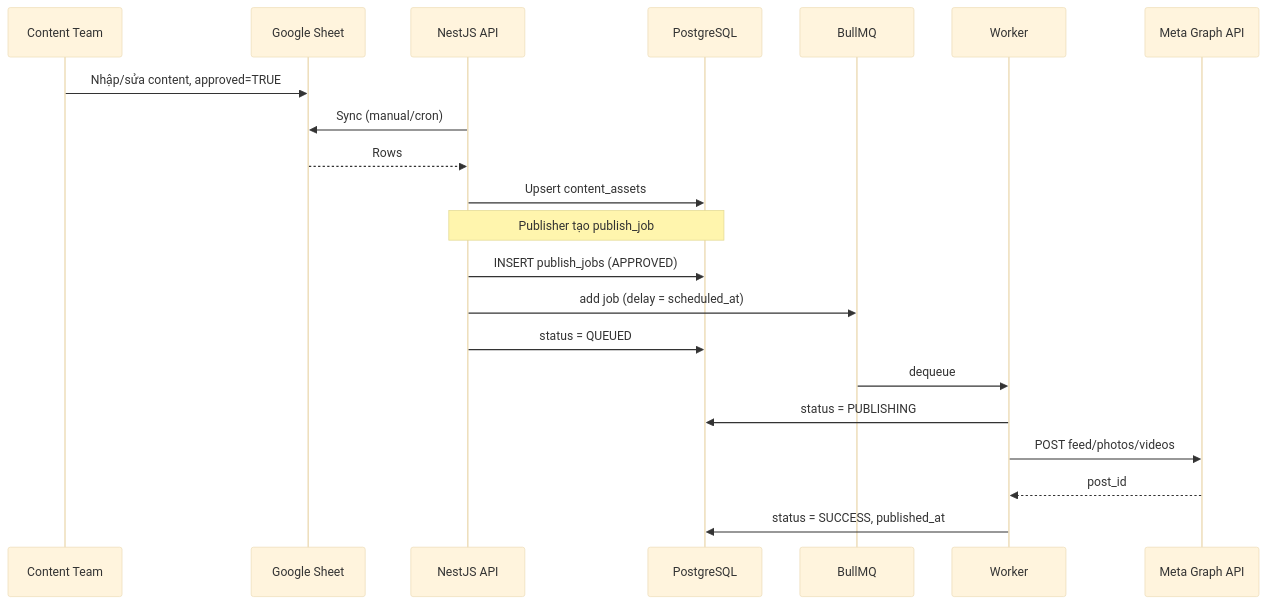
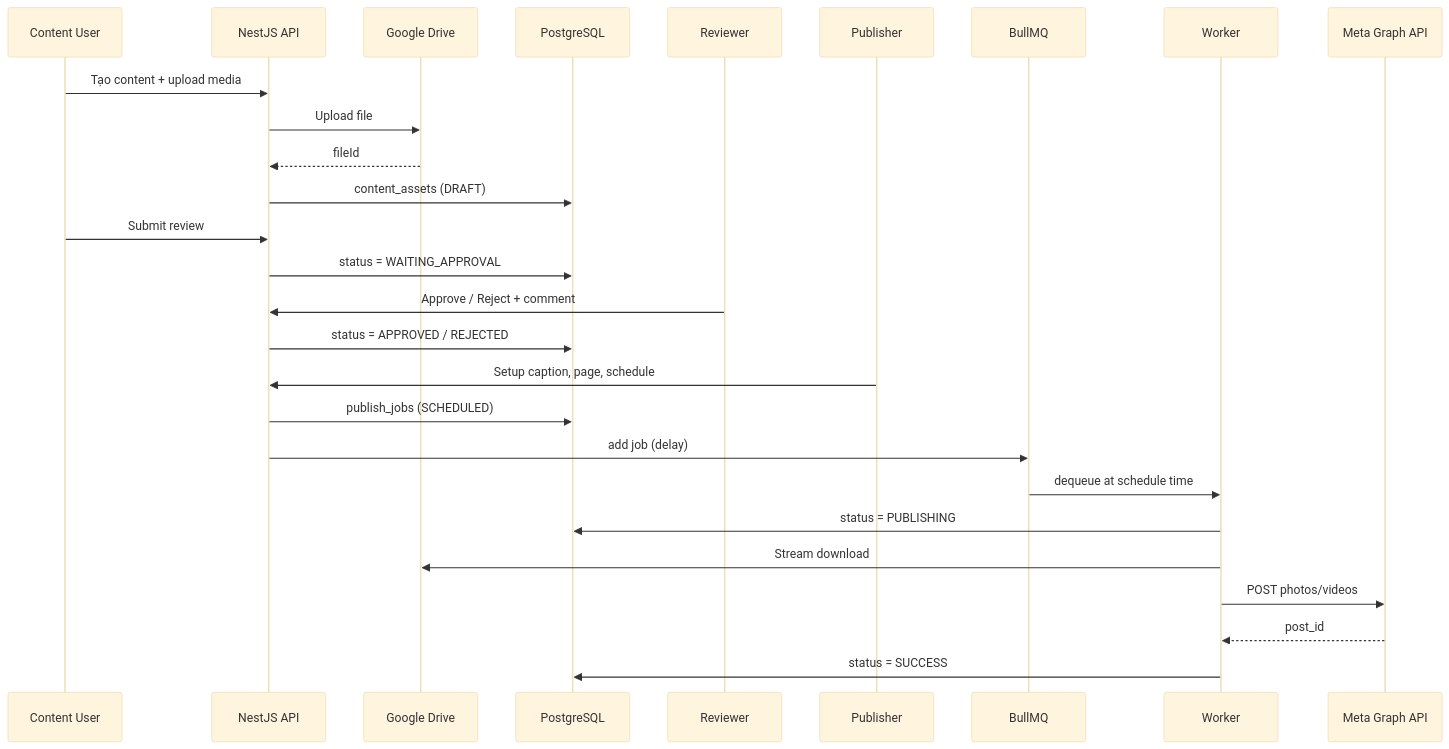
The diagram in docs/00-overview.md (hieptvh18/auto-post-social), drawn with Mermaid (base theme) before and after one commit. The commit also changed other lines of this file and 31 other files, not shown here.

````diff
--- a/docs/00-overview.md
+++ b/docs/00-overview.md
@@ -116,26 +127,34 @@
 ```mermaid
 sequenceDiagram
-    participant CT as Content Team
-    participant GS as Google Sheet
+    participant CU as Content User
     participant API as NestJS API
+    participant GD as Google Drive
     participant DB as PostgreSQL
+    participant RV as Reviewer
+    participant PB as Publisher
     participant Q as BullMQ
     participant W as Worker
     participant FB as Meta Graph API
 
-    CT->>GS: Nhập/sửa content, approved=TRUE
-    API->>GS: Sync (manual/cron)
-    GS-->>API: Rows
-    API->>DB: Upsert content_assets
+    CU->>API: Tạo content + upload media
+    API->>GD: Upload file
+    GD-->>API: fileId
+    API->>DB: content_assets (DRAFT)
 
-    Note over API,DB: Publisher tạo publish_job
-    API->>DB: INSERT publish_jobs (APPROVED)
-    API->>Q: add job (delay = scheduled_at)
-    API->>DB: status = QUEUED
+    CU->>API: Submit review
+    API->>DB: status = WAITING_APPROVAL
 
-    Q->>W: dequeue
+    RV->>API: Approve / Reject + comment
+    API->>DB: status = APPROVED / REJECTED
+
+    PB->>API: Setup caption, page, schedule
+    API->>DB: publish_jobs (SCHEDULED)
+    API->>Q: add job (delay)
+
+    Q->>W: dequeue at schedule time
     W->>DB: status = PUBLISHING
-    W->>FB: POST feed/photos/videos
+    W->>GD: Stream download
+    W->>FB: POST photos/videos
     FB-->>W: post_id
-    W->>DB: status = SUCCESS, published_at
+    W->>DB: status = SUCCESS
 ```
````
